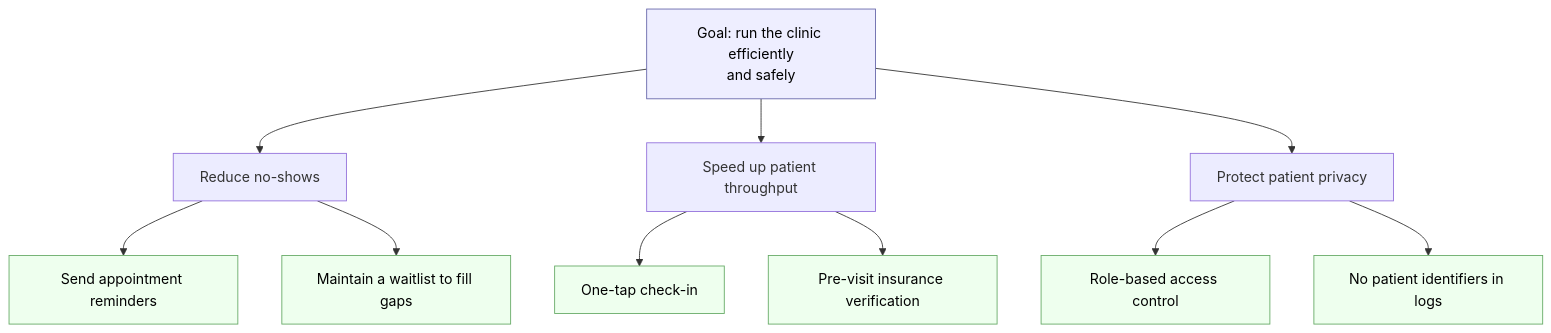
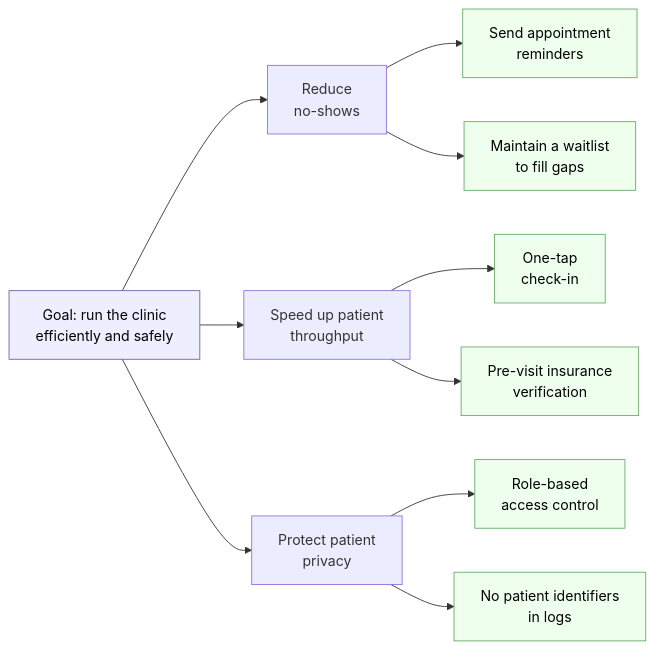
One commit to vrthra/open-swe-book changed the fourth of 6 diagrams in chapters/03-user-requirements/README.md. Above: the diagram before and after it, drawn with Mermaid. The commit also changed other lines of this file and 23 other files, not shown here.

Commit message:
Update tab order and fixed diagrams

````diff
--- a/chapters/03-user-requirements/README.md
+++ b/chapters/03-user-requirements/README.md
@@ -776,16 +776,16 @@
 ```mermaid
-flowchart TD
-    G[Goal: run the clinic efficiently<br/>and safely] --> G1[Reduce no-shows]
-    G --> G2[Speed up patient throughput]
-    G --> G3[Protect patient privacy]
-    G1 --> S1[Send appointment reminders]
-    G1 --> S2[Maintain a waitlist to fill gaps]
-    G2 --> S3[One-tap check-in]
-    G2 --> S4[Pre-visit insurance verification]
-    G3 --> S5[Role-based access control]
-    G3 --> S6[No patient identifiers in logs]
+flowchart LR
+    G[Goal: run the clinic<br/>efficiently and safely] --> G1[Reduce<br/>no-shows]
+    G --> G2[Speed up patient<br/>throughput]
+    G --> G3[Protect patient<br/>privacy]
+    G1 --> S1[Send appointment<br/>reminders]
+    G1 --> S2[Maintain a waitlist<br/>to fill gaps]
+    G2 --> S3[One-tap<br/>check-in]
+    G2 --> S4[Pre-visit insurance<br/>verification]
+    G3 --> S5[Role-based<br/>access control]
+    G3 --> S6[No patient identifiers<br/>in logs]
     classDef top fill:#eef,stroke:#66a,color:#000;
     classDef leaf fill:#efe,stroke:#6a6,color:#000;
     class G top;
     class S1,S2,S3,S4,S5,S6 leaf;
 ```
````
